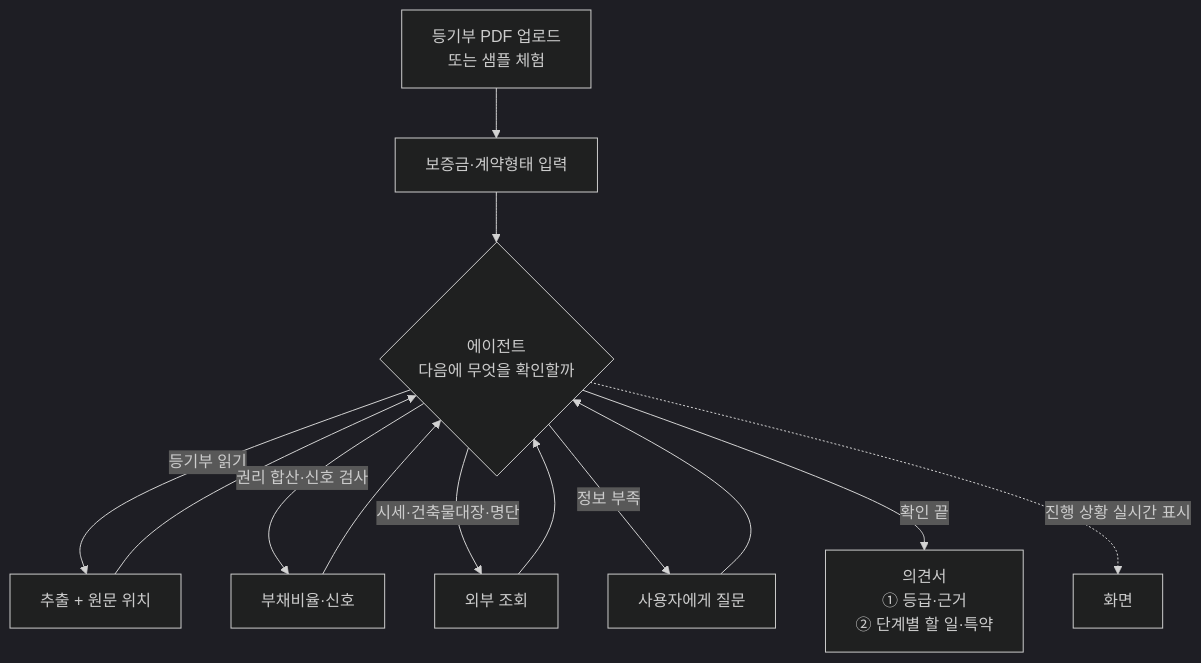
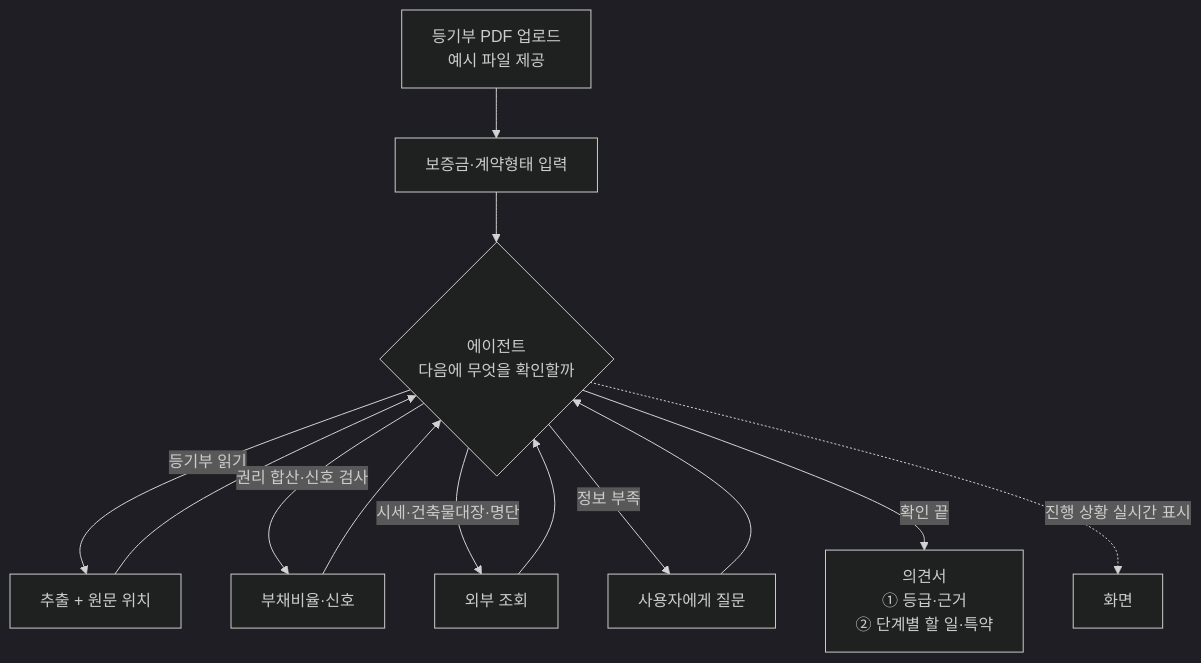
Before and after one commit to HoyoungParkme/deposit-guard: the diagram in docs/specs/01-RFQ/JSD-RFQ-001.md, drawn with Mermaid (dark theme). The commit also changed other lines of this file, not shown here.

````diff
--- a/docs/specs/01-RFQ/JSD-RFQ-001.md
+++ b/docs/specs/01-RFQ/JSD-RFQ-001.md
@@ -313,15 +313,15 @@
 ```mermaid
 flowchart TD
-    A[등기부 PDF 업로드<br/>또는 샘플 체험] --> B[보증금·계약형태 입력]
+    A[등기부 PDF 업로드<br/>예시 파일 제공] --> B[보증금·계약형태 입력]
     B --> C{에이전트<br/>다음에 무엇을 확인할까}
     C -->|등기부 읽기| T1[추출 + 원문 위치]
     C -->|권리 합산·신호 검사| T2[부채비율·신호]
     C -->|시세·건축물대장·명단| T3[외부 조회]
     C -->|정보 부족| T4[사용자에게 질문]
     T1 --> C
     T2 --> C
     T3 --> C
     T4 --> C
     C -->|확인 끝| D[의견서<br/>① 등급·근거<br/>② 단계별 할 일·특약]
     C -.진행 상황 실시간 표시.-> V[화면]
 ```
````
